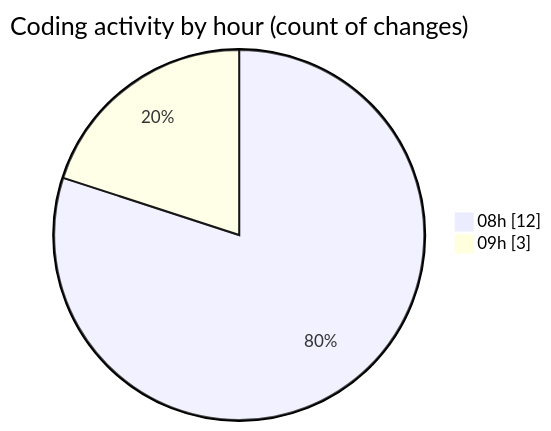
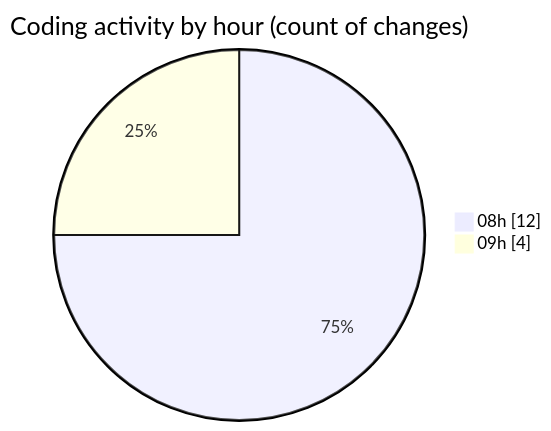
One commit to ricardozamudiocil/code-tracking changed the second of 2 diagrams in 2026-02-26/cilapp/README.md. Above: the diagram before and after it, drawn with Mermaid. The commit also changed other lines of this file and 1 other file, not shown here.

````diff
--- a/2026-02-26/cilapp/README.md
+++ b/2026-02-26/cilapp/README.md
@@ -30,6 +30,6 @@
 ```mermaid
 pie showData
 title Coding activity by hour (count of changes)
 "08h" : 12
-"09h" : 3
+"09h" : 4
 ```
````
